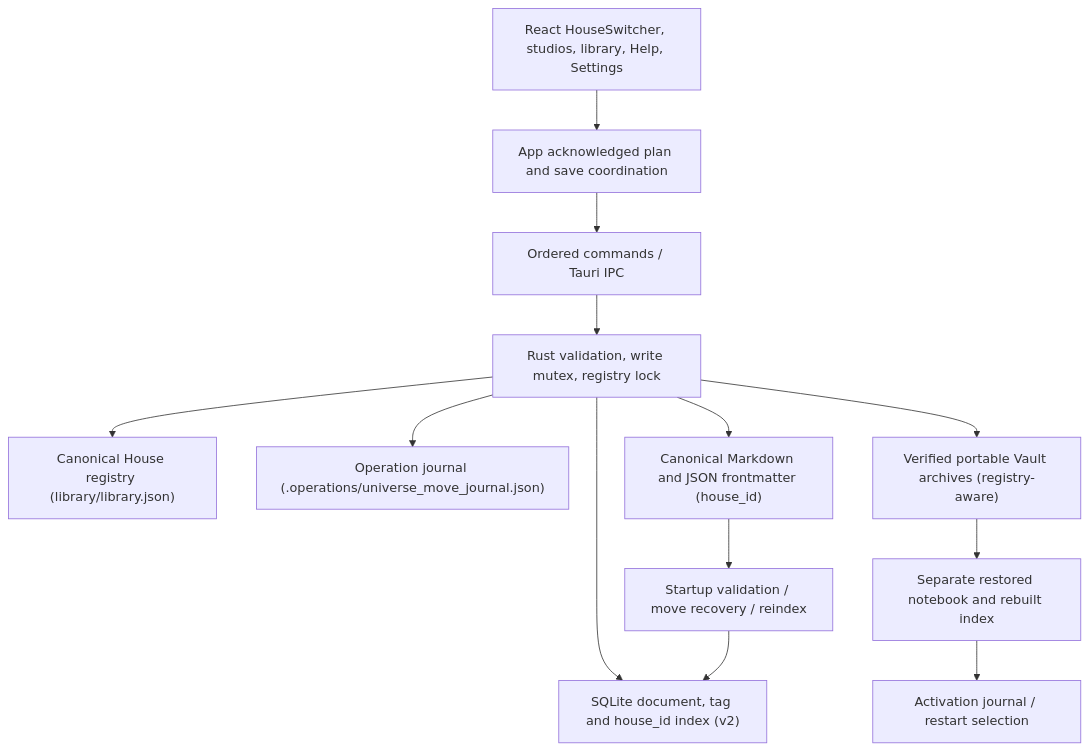
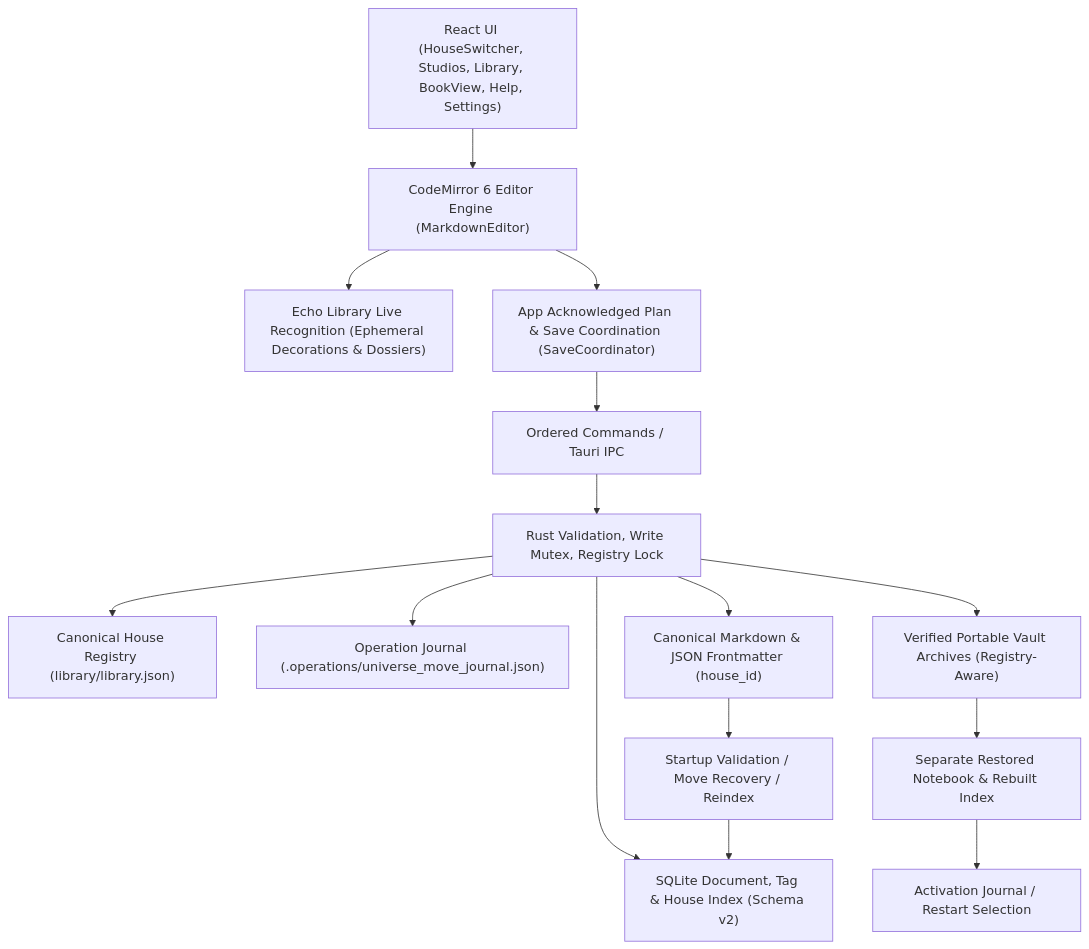
The diagram in SYSTEM_DESIGN.md (SerenicuS/MetaCognitionNotebook), drawn with Mermaid before and after one commit. The commit also changed other lines of this file and 3 other files, not shown here.

````diff
--- a/SYSTEM_DESIGN.md
+++ b/SYSTEM_DESIGN.md
@@ -9,15 +9,17 @@
 ```mermaid
 flowchart TD
-    UI["React HouseSwitcher, studios, library, Help, Settings"] --> APP["App acknowledged plan and save coordination"]
-    APP --> IPC["Ordered commands / Tauri IPC"]
-    IPC --> RUST["Rust validation, write mutex, registry lock"]
-    RUST --> REG["Canonical House registry (library/library.json)"]
-    RUST --> JRN["Operation journal (.operations/universe_move_journal.json)"]
-    RUST --> MD["Canonical Markdown and JSON frontmatter (house_id)"]
-    RUST --> DB["SQLite document, tag and house_id index (v2)"]
-    MD --> REINDEX["Startup validation / move recovery / reindex"]
+    UI["React UI (HouseSwitcher, Studios, Library, BookView, Help, Settings)"] --> CM6["CodeMirror 6 Editor Engine (MarkdownEditor)"]
+    CM6 --> ECHO["Echo Library Live Recognition (Ephemeral Decorations & Dossiers)"]
+    CM6 --> APP["App Acknowledged Plan & Save Coordination (SaveCoordinator)"]
+    APP --> IPC["Ordered Commands / Tauri IPC"]
+    IPC --> RUST["Rust Validation, Write Mutex, Registry Lock"]
+    RUST --> REG["Canonical House Registry (library/library.json)"]
+    RUST --> JRN["Operation Journal (.operations/universe_move_journal.json)"]
+    RUST --> MD["Canonical Markdown & JSON Frontmatter (house_id)"]
+    RUST --> DB["SQLite Document, Tag & House Index (Schema v2)"]
+    MD --> REINDEX["Startup Validation / Move Recovery / Reindex"]
     REINDEX --> DB
-    RUST --> VAULT["Verified portable Vault archives (registry-aware)"]
-    VAULT --> SLOT["Separate restored notebook and rebuilt index"]
-    SLOT --> SELECT["Activation journal / restart selection"]
+    RUST --> VAULT["Verified Portable Vault Archives (Registry-Aware)"]
+    VAULT --> SLOT["Separate Restored Notebook & Rebuilt Index"]
+    SLOT --> SELECT["Activation Journal / Restart Selection"]
 ```
````
